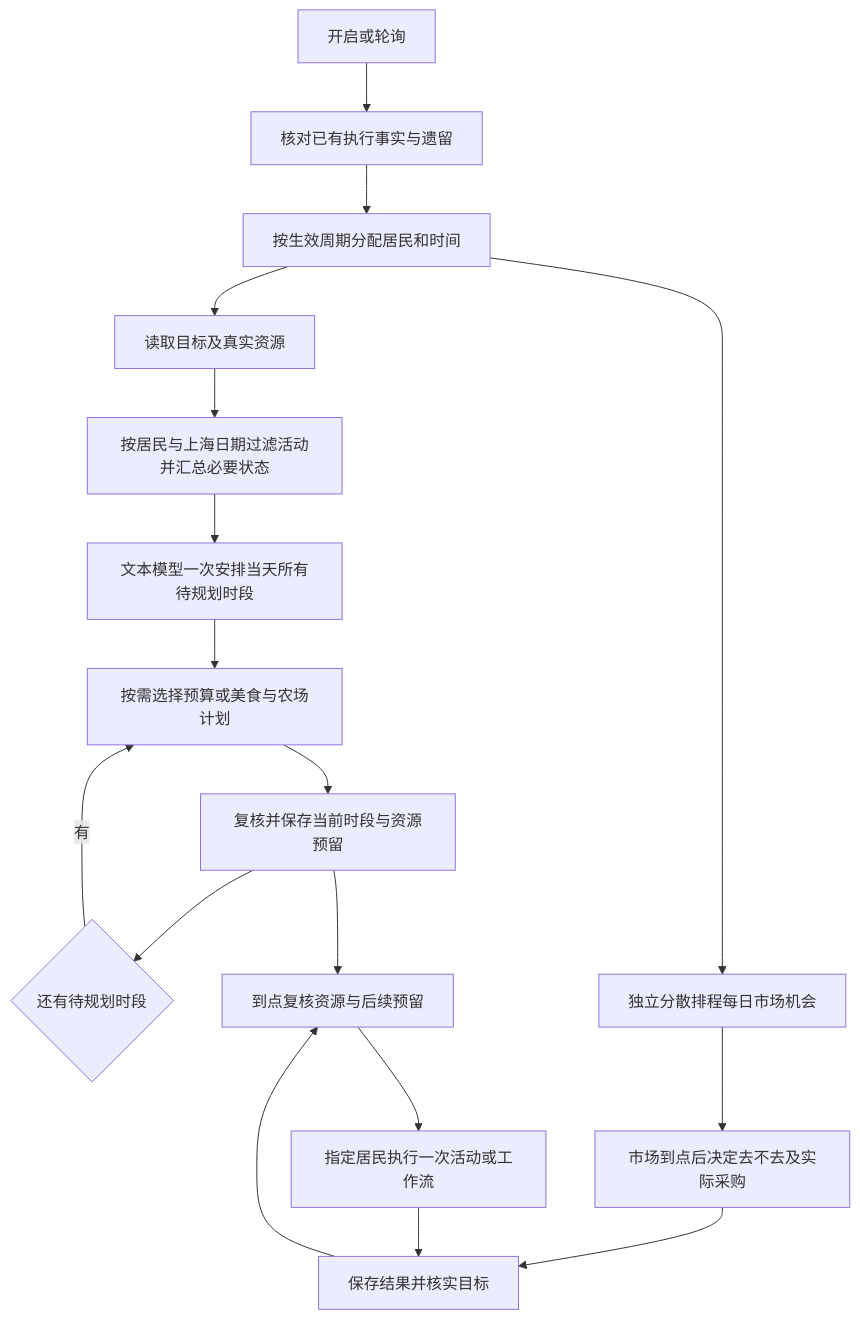
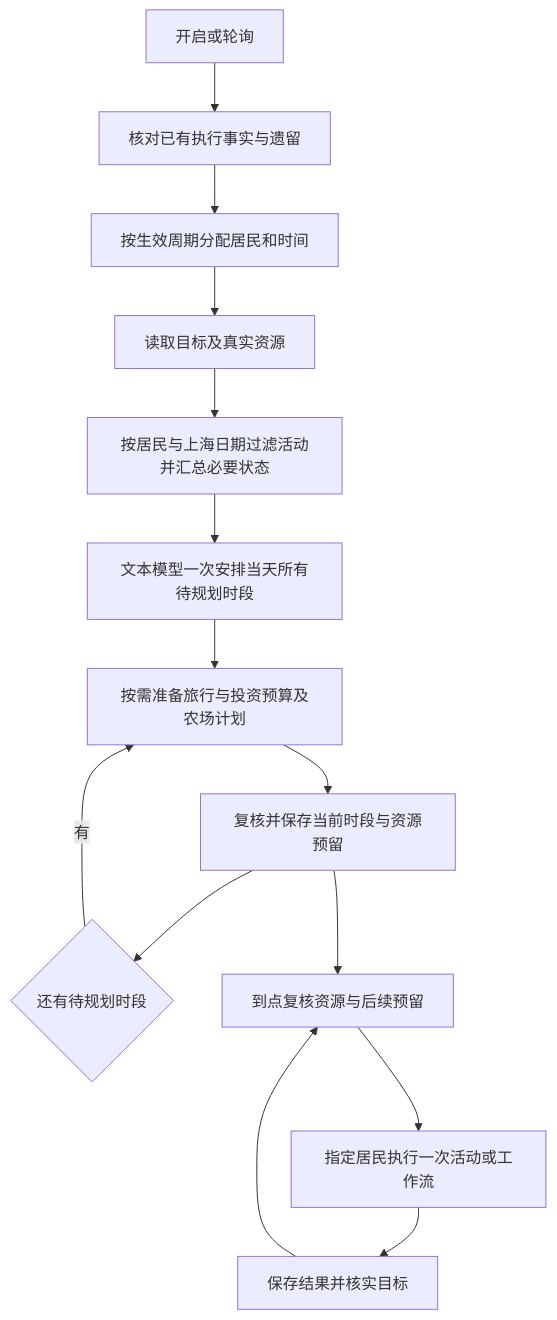
The first of 5 diagrams in docs/agents/Agent世界统一生活执行说明.md (TangerineSpecter/O-Doc), drawn with Mermaid before and after one commit. The commit also changed other lines of this file and 316 other files, not shown here.

````diff
--- a/docs/agents/Agent世界统一生活执行说明.md
+++ b/docs/agents/Agent世界统一生活执行说明.md
@@ -25,19 +25,16 @@
 ```mermaid
 flowchart TD
     A[开启或轮询] --> B[核对已有执行事实与遗留]
     B --> C[按生效周期分配居民和时间]
     C --> D[读取目标及真实资源]
     D --> S[按居民与上海日期过滤活动并汇总必要状态]
     S --> A1[文本模型一次安排当天所有待规划时段]
-    A1 --> B1[按需选择预算或美食与农场计划]
+    A1 --> B1[按需准备旅行与投资预算及农场计划]
     B1 --> F[复核并保存当前时段与资源预留]
     F --> N{还有待规划时段}
     N -->|有| B1
-    C --> E[独立分散排程每日市场机会]
-    E --> M[市场到点后决定去不去及实际采购]
-    M --> I
     F --> G[到点复核资源与后续预留]
     G --> H[指定居民执行一次活动或工作流]
     H --> I[保存结果并核实目标]
     I --> G
 ```
````
